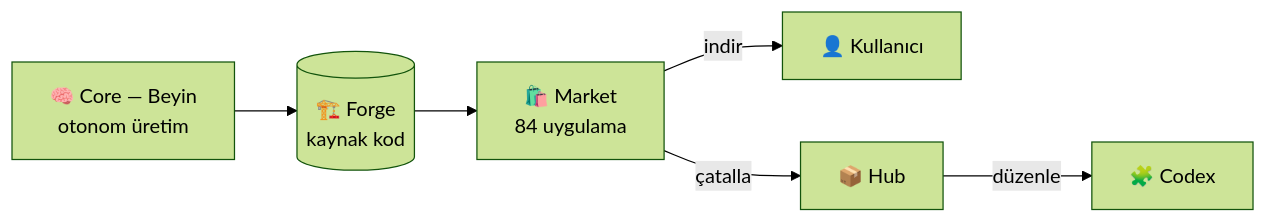
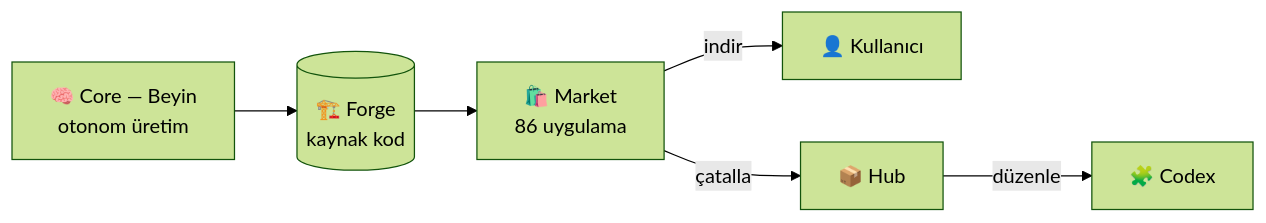
Before and after one commit to numexai/numex-market: the diagram in README.md, drawn with Mermaid (forest theme). The commit also changed other lines of this file and 58 other files, not shown here.

````diff
--- a/README.md
+++ b/README.md
@@ -85,8 +85,8 @@
 ```mermaid
 flowchart LR
   CORE[🧠 Core — Beyin<br/>otonom üretim] --> FORGE[(🏗️ Forge<br/>kaynak kod)]
-  FORGE --> MARKET[🛍️ Market<br/>84 uygulama]
+  FORGE --> MARKET[🛍️ Market<br/>86 uygulama]
   MARKET -->|indir| USER[👤 Kullanıcı]
   MARKET -->|çatalla| HUB[📦 Hub]
   HUB -->|düzenle| CODEX[🧩 Codex]
 ```
````
